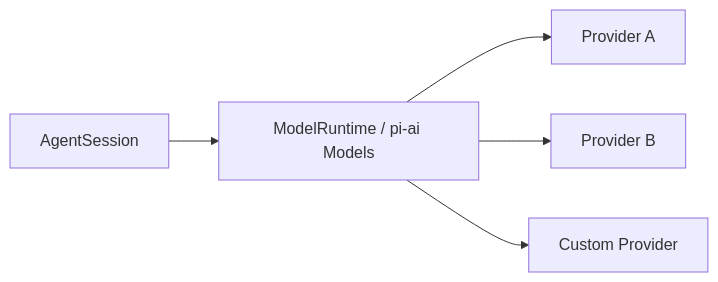
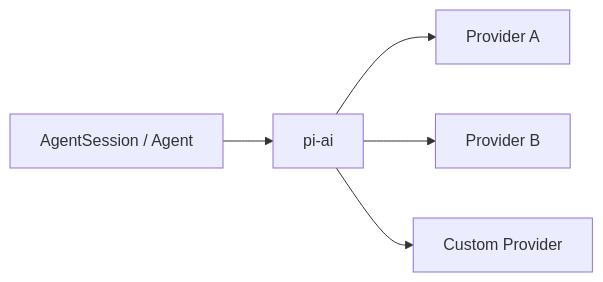
Before and after one commit to indigofeather/harness-book: the second of 5 diagrams in docs/pi/overview.md, drawn with Mermaid. The commit also changed other lines of this file and 48 other files, not shown here.

````diff
--- a/docs/pi/overview.md
+++ b/docs/pi/overview.md
@@ -123,7 +74,7 @@
 ```mermaid
 flowchart LR
-  A[AgentSession] --> MR[ModelRuntime / pi-ai Models]
-  MR --> A1[Provider A]
-  MR --> A2[Provider B]
-  MR --> A3[Custom Provider]
+  A[AgentSession / Agent] --> P[pi-ai]
+  P --> P1[Provider A]
+  P --> P2[Provider B]
+  P --> P3[Custom Provider]
 ```
````
